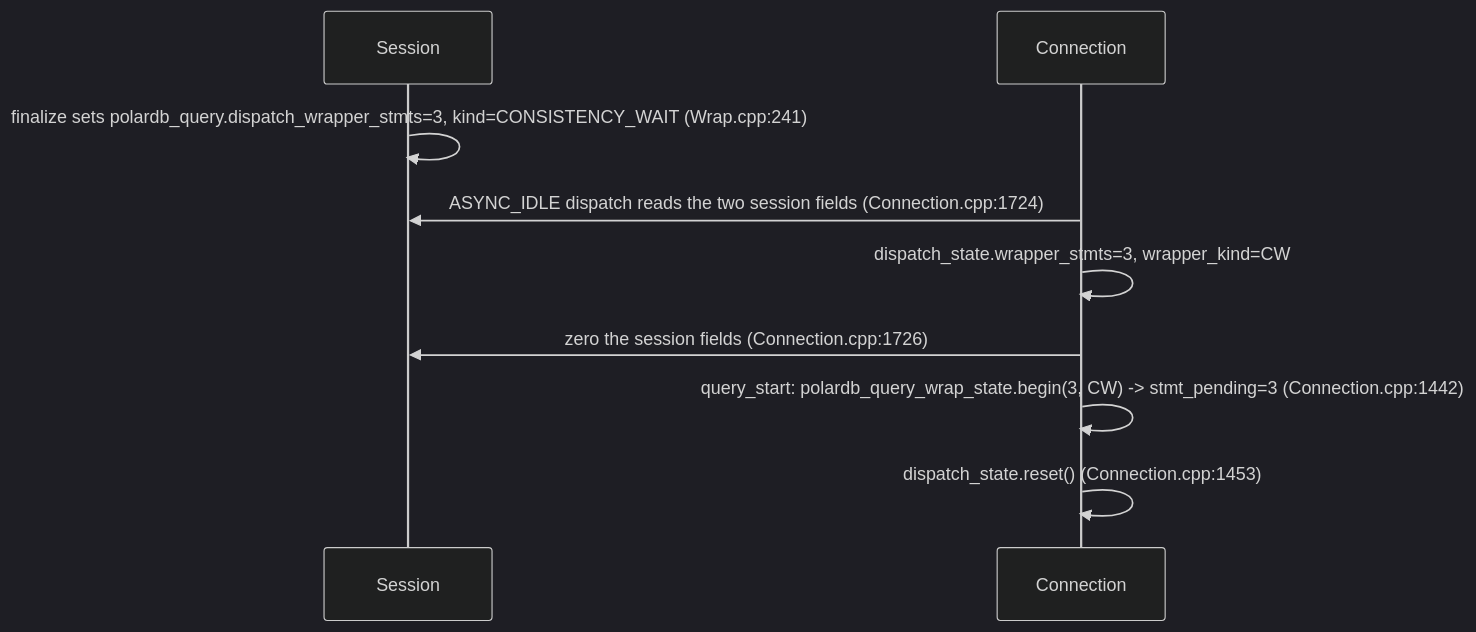
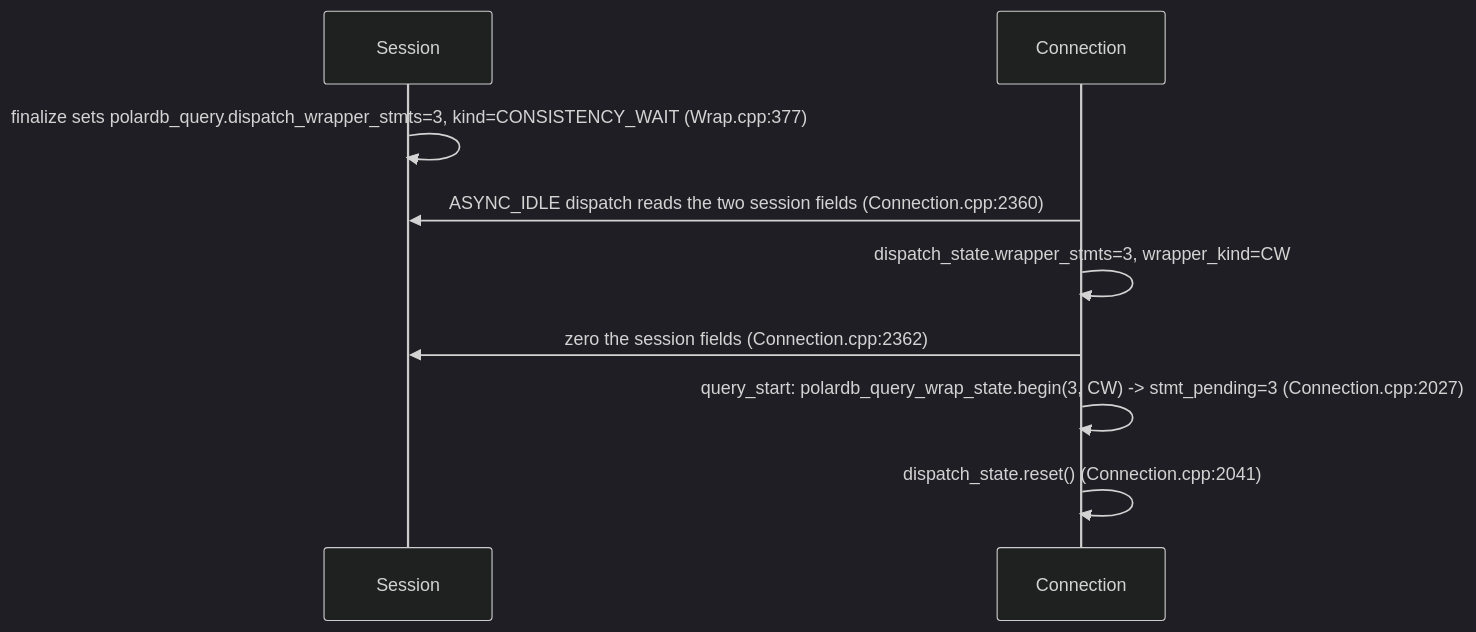
The third of 4 diagrams in doc/polardb-arch/07-QUERY-WRAPPING.md (awide-labs/polar-proxy), drawn with Mermaid (dark theme) before and after one commit. The commit also changed other lines of this file and 21 other files, not shown here.

````diff
--- a/doc/polardb-arch/07-QUERY-WRAPPING.md
+++ b/doc/polardb-arch/07-QUERY-WRAPPING.md
@@ -483,11 +476,11 @@
 ```mermaid
 sequenceDiagram
     participant Sess as Session
     participant Conn as Connection
-    Sess->>Sess: finalize sets polardb_query.dispatch_wrapper_stmts=3, kind=CONSISTENCY_WAIT (Wrap.cpp:241)
-    Conn->>Sess: ASYNC_IDLE dispatch reads the two session fields (Connection.cpp:1724)
+    Sess->>Sess: finalize sets polardb_query.dispatch_wrapper_stmts=3, kind=CONSISTENCY_WAIT (Wrap.cpp:377)
+    Conn->>Sess: ASYNC_IDLE dispatch reads the two session fields (Connection.cpp:2360)
     Conn->>Conn: dispatch_state.wrapper_stmts=3, wrapper_kind=CW
-    Conn->>Sess: zero the session fields (Connection.cpp:1726)
-    Conn->>Conn: query_start: polardb_query_wrap_state.begin(3, CW) -> stmt_pending=3 (Connection.cpp:1442)
-    Conn->>Conn: dispatch_state.reset() (Connection.cpp:1453)
+    Conn->>Sess: zero the session fields (Connection.cpp:2362)
+    Conn->>Conn: query_start: polardb_query_wrap_state.begin(3, CW) -> stmt_pending=3 (Connection.cpp:2027)
+    Conn->>Conn: dispatch_state.reset() (Connection.cpp:2041)
 ```
````
